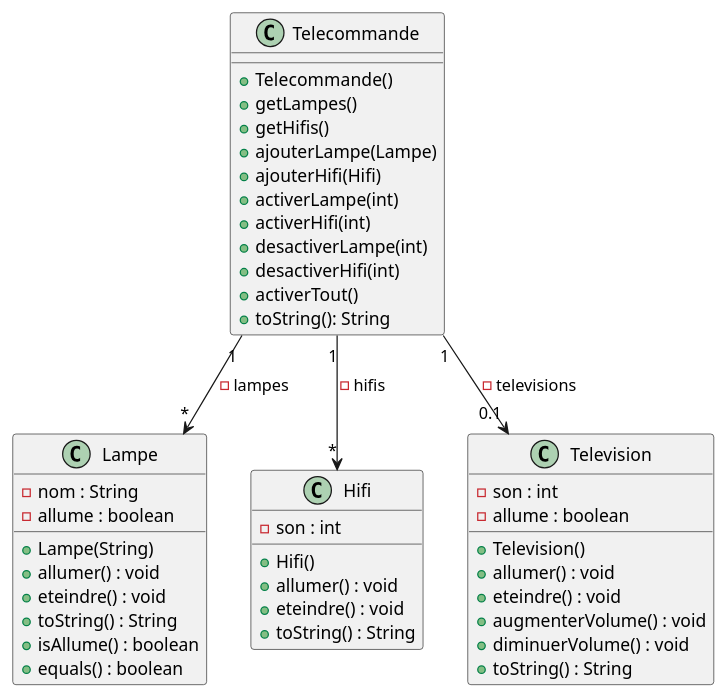
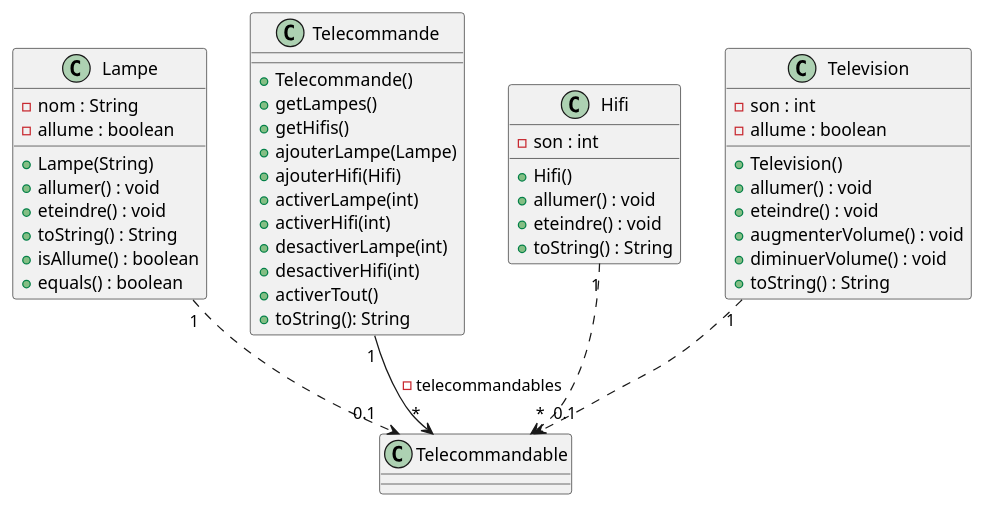
One commit to alannMonnier/2023_domotique_monnierb2u_segard6u changed the diagram in domotique/domotique.puml. Above: the diagram before and after it, drawn with PlantUML.

Commit message:
changement UML

```diff
--- a/domotique/domotique.puml
+++ b/domotique/domotique.puml
@@ -1,51 +1,52 @@
 @startuml
 '''classes
 class Lampe{
 -nom : String
 -allume : boolean
 +Lampe(String)
 +allumer() : void
 +eteindre() : void
 +toString() : String
 +isAllume() : boolean
 +equals() : boolean
 }
 
 class Telecommande{
 + Telecommande()
 + getLampes()
 + getHifis()
 + ajouterLampe(Lampe)
 + ajouterHifi(Hifi)
 + activerLampe(int)
 + activerHifi(int)
 + desactiverLampe(int)
 + desactiverHifi(int)
 + activerTout()
 + toString(): String
 }
 
 class Hifi{
 -son : int
 +Hifi()
 +allumer() : void
 +eteindre() : void
 +toString() : String
 }
 
 class Television{
 -son : int
 -allume : boolean
 +Television()
 +allumer() : void
 +eteindre() : void
 +augmenterVolume() : void
 +diminuerVolume() : void
 +toString() : String
 }
 
 '''relations
-Telecommande "1" --> "*"Lampe: -lampes
-Telecommande "1" --> "*"Hifi: -hifis
-Telecommande "1" --> "0.1"Television: -televisions
+Telecommande "1" --> "*"Telecommandable: -telecommandables
+Hifi "1" ..> "*"Telecommandable
+Television "1"..> "0.1"Telecommandable
+Lampe "1"..> "0.1"Telecommandable
 @enduml
```
